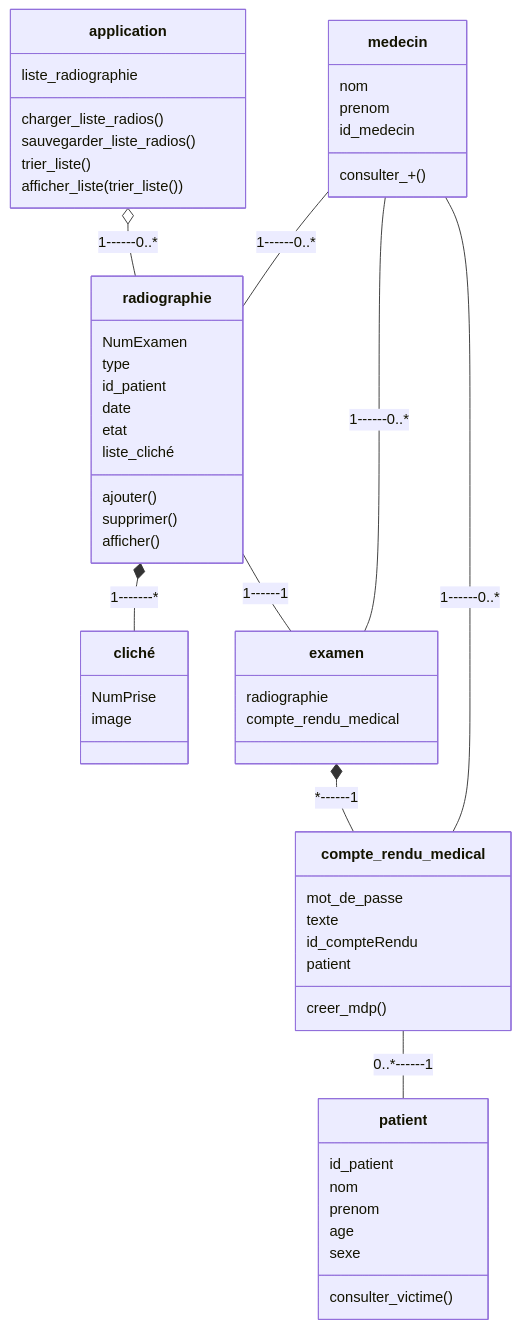
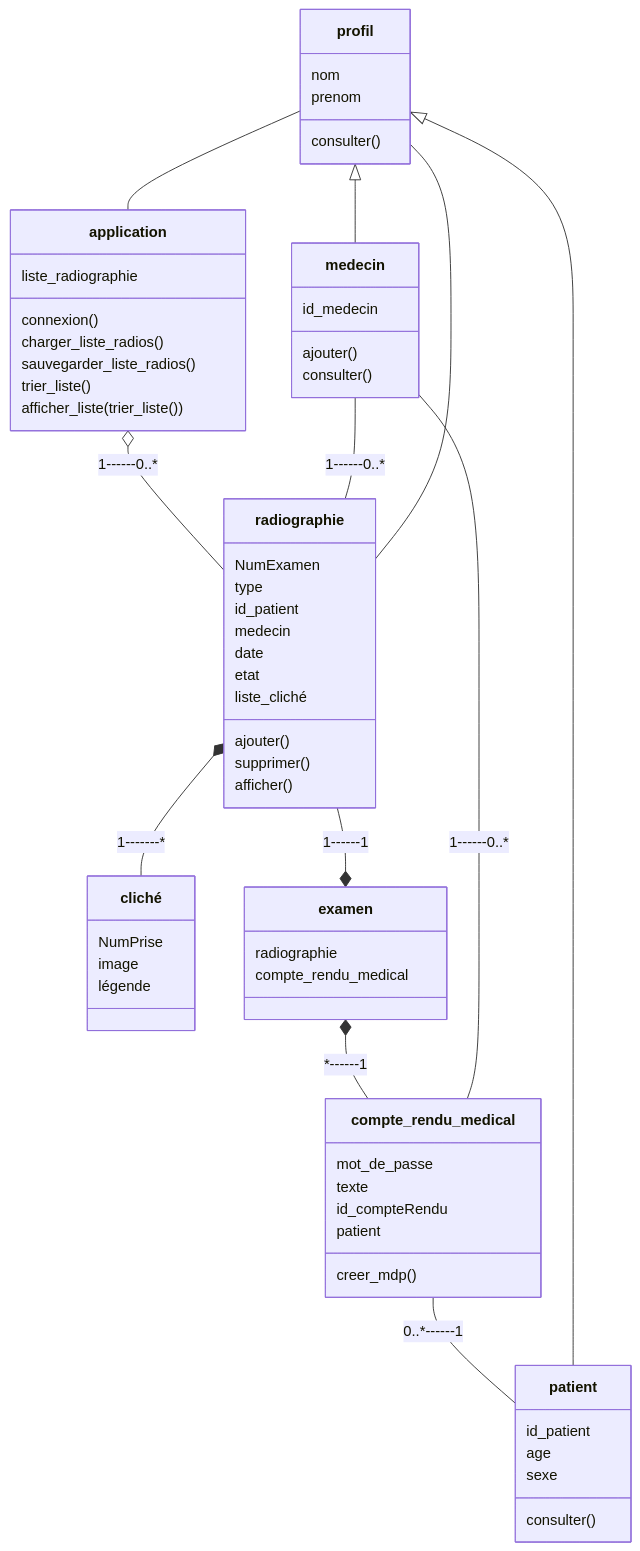
Before and after one commit to Annewynn/POO_project: the diagram in projet_obj.md, drawn with Mermaid. The commit also changed 2 other files, not shown here.

Commit message:
Et on ajoute des choses ouiiiiiiii

````diff
--- a/projet_obj.md
+++ b/projet_obj.md
@@ -5,52 +5,58 @@
 ```mermaid
 classDiagram
 radiographie *-- cliché : 1-------*
-radiographie -- examen : 1------1
+radiographie --* examen : 1------1
 application o-- radiographie : 1------0..*
 compte_rendu_medical -- patient : 0..*------1
 examen *-- compte_rendu_medical : *------1
 medecin -- compte_rendu_medical : 1------0..*
 medecin -- radiographie : 1------0..*
-medecin -- examen : 1------0..*
+profil -- radiographie
+profil <|-- patient
+profil <|-- medecin
+profil -- application
 
 radiographie: NumExamen
 radiographie: type
 radiographie: id_patient
+radiographie: medecin
 radiographie: date
 radiographie: etat
 radiographie: liste_cliché
 radiographie: ajouter()
 radiographie: supprimer()
 radiographie: afficher()
 
 cliché: NumPrise
 cliché: image
+cliché: légende
 
 compte_rendu_medical: mot_de_passe
 compte_rendu_medical: texte
 compte_rendu_medical: id_compteRendu
 compte_rendu_medical: patient
 compte_rendu_medical: creer_mdp()
 
 application: liste_radiographie
+application: connexion()
 application: charger_liste_radios()
 application: sauvegarder_liste_radios()
 application: trier_liste()
 application: afficher_liste(trier_liste())
 
-patient: id_patient
-patient: nom
-patient: prenom
-patient: age
-patient: sexe
-patient: consulter_victime()
-
 examen: radiographie
 examen: compte_rendu_medical
 
-medecin: nom
-medecin: prenom
+profil: nom
+profil: prenom
+profil: consulter()
+
+patient: id_patient
+patient: age
+patient: sexe
+patient: consulter()
+
 medecin: id_medecin
-medecin: consulter_+()
-
+medecin: ajouter()
+medecin: consulter()
 ```
````
